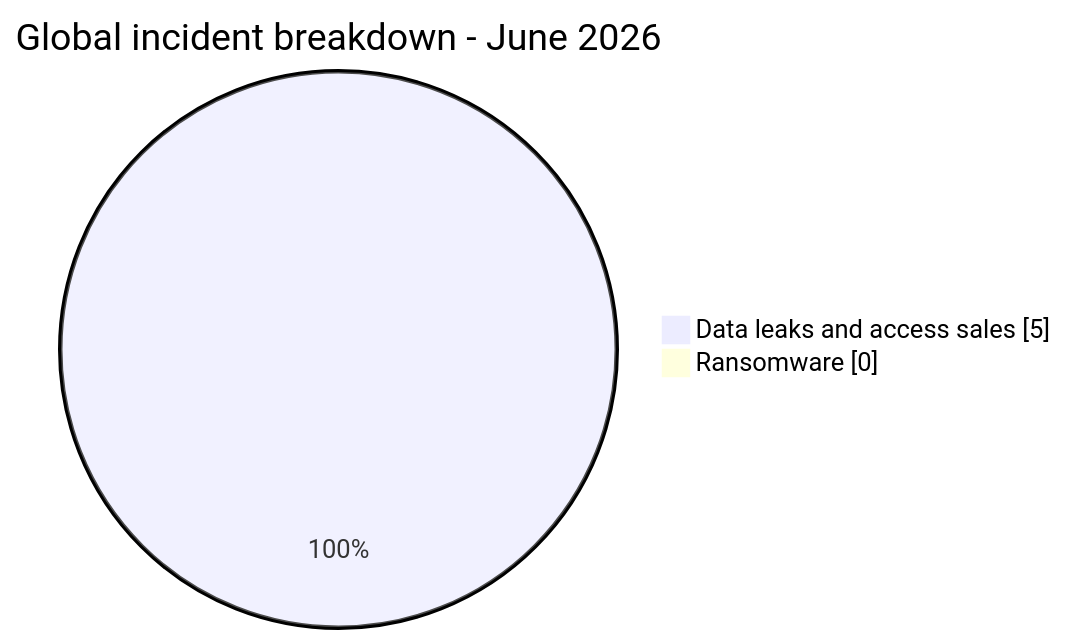
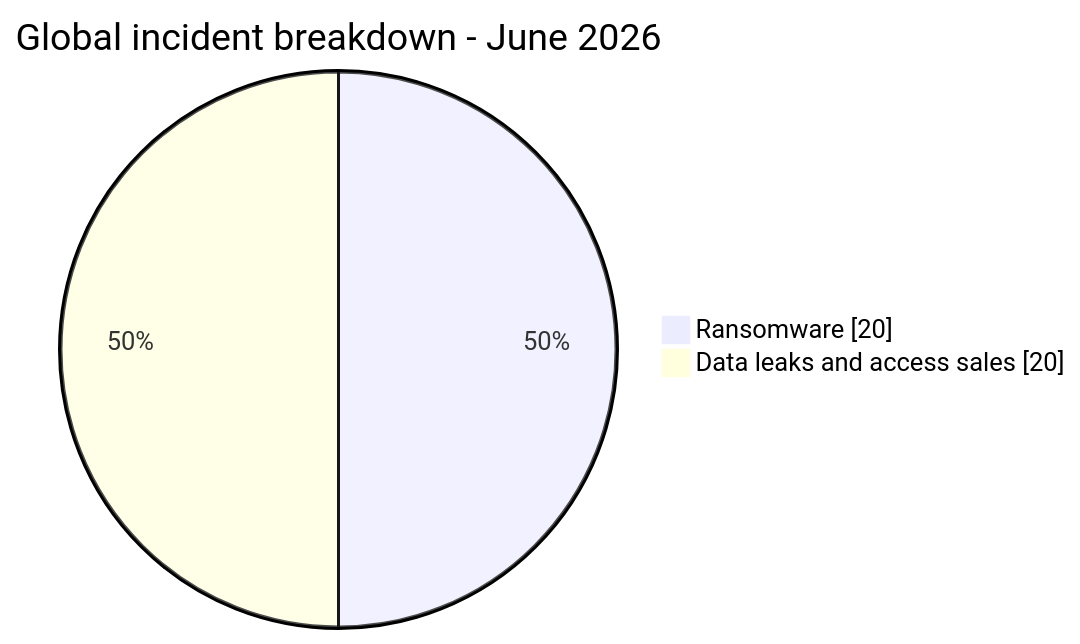
The first of 7 diagrams in statistics/2026/06-june/README.md (Hatchepsoute/AFRINTEL), drawn with Mermaid before and after one commit. The commit also changed other lines of this file and 18 other files, not shown here.

````diff
--- a/statistics/2026/06-june/README.md
+++ b/statistics/2026/06-june/README.md
@@ -43,6 +44,6 @@
 ```mermaid
 pie showData
     title Global incident breakdown - June 2026
-    "Data leaks and access sales" : 5
-    "Ransomware" : 0
+    "Ransomware" : 20
+    "Data leaks and access sales" : 20
 ```
````
